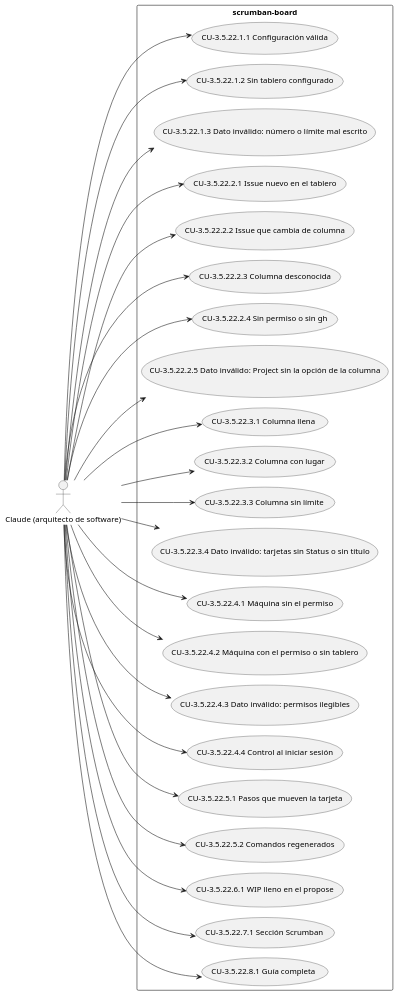
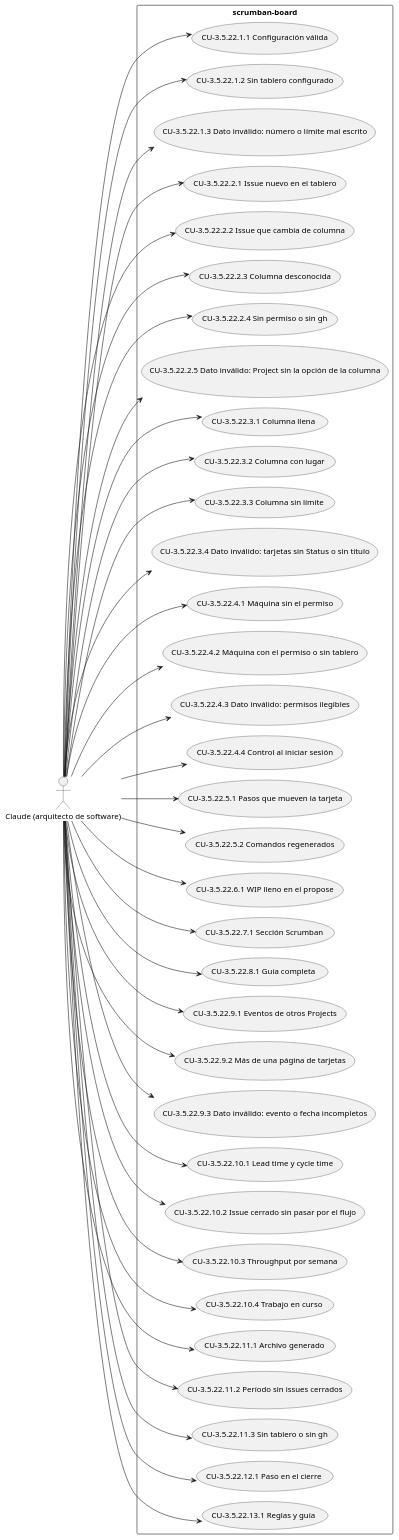
The diagram in docs/diagramas/CAP-3.5.22.puml (Lautaro-Montecchiani/sdd-global-config), drawn with PlantUML before and after one commit. The commit also changed 4 other files, not shown here.

```diff
--- a/docs/diagramas/CAP-3.5.22.puml
+++ b/docs/diagramas/CAP-3.5.22.puml
@@ -1,49 +1,73 @@
 @startuml
 !pragma layout smetana
 left to right direction
 actor "Claude (arquitecto de software)" as A1
 rectangle "scrumban-board" {
   usecase "CU-3.5.22.1.1 Configuración válida" as UC_3_5_22_1_1
   usecase "CU-3.5.22.1.2 Sin tablero configurado" as UC_3_5_22_1_2
   usecase "CU-3.5.22.1.3 Dato inválido: número o límite mal escrito" as UC_3_5_22_1_3
   usecase "CU-3.5.22.2.1 Issue nuevo en el tablero" as UC_3_5_22_2_1
   usecase "CU-3.5.22.2.2 Issue que cambia de columna" as UC_3_5_22_2_2
   usecase "CU-3.5.22.2.3 Columna desconocida" as UC_3_5_22_2_3
   usecase "CU-3.5.22.2.4 Sin permiso o sin gh" as UC_3_5_22_2_4
   usecase "CU-3.5.22.2.5 Dato inválido: Project sin la opción de la columna" as UC_3_5_22_2_5
   usecase "CU-3.5.22.3.1 Columna llena" as UC_3_5_22_3_1
   usecase "CU-3.5.22.3.2 Columna con lugar" as UC_3_5_22_3_2
   usecase "CU-3.5.22.3.3 Columna sin límite" as UC_3_5_22_3_3
   usecase "CU-3.5.22.3.4 Dato inválido: tarjetas sin Status o sin título" as UC_3_5_22_3_4
   usecase "CU-3.5.22.4.1 Máquina sin el permiso" as UC_3_5_22_4_1
   usecase "CU-3.5.22.4.2 Máquina con el permiso o sin tablero" as UC_3_5_22_4_2
   usecase "CU-3.5.22.4.3 Dato inválido: permisos ilegibles" as UC_3_5_22_4_3
   usecase "CU-3.5.22.4.4 Control al iniciar sesión" as UC_3_5_22_4_4
   usecase "CU-3.5.22.5.1 Pasos que mueven la tarjeta" as UC_3_5_22_5_1
   usecase "CU-3.5.22.5.2 Comandos regenerados" as UC_3_5_22_5_2
   usecase "CU-3.5.22.6.1 WIP lleno en el propose" as UC_3_5_22_6_1
   usecase "CU-3.5.22.7.1 Sección Scrumban" as UC_3_5_22_7_1
   usecase "CU-3.5.22.8.1 Guía completa" as UC_3_5_22_8_1
+  usecase "CU-3.5.22.9.1 Eventos de otros Projects" as UC_3_5_22_9_1
+  usecase "CU-3.5.22.9.2 Más de una página de tarjetas" as UC_3_5_22_9_2
+  usecase "CU-3.5.22.9.3 Dato inválido: evento o fecha incompletos" as UC_3_5_22_9_3
+  usecase "CU-3.5.22.10.1 Lead time y cycle time" as UC_3_5_22_10_1
+  usecase "CU-3.5.22.10.2 Issue cerrado sin pasar por el flujo" as UC_3_5_22_10_2
+  usecase "CU-3.5.22.10.3 Throughput por semana" as UC_3_5_22_10_3
+  usecase "CU-3.5.22.10.4 Trabajo en curso" as UC_3_5_22_10_4
+  usecase "CU-3.5.22.11.1 Archivo generado" as UC_3_5_22_11_1
+  usecase "CU-3.5.22.11.2 Período sin issues cerrados" as UC_3_5_22_11_2
+  usecase "CU-3.5.22.11.3 Sin tablero o sin gh" as UC_3_5_22_11_3
+  usecase "CU-3.5.22.12.1 Paso en el cierre" as UC_3_5_22_12_1
+  usecase "CU-3.5.22.13.1 Reglas y guía" as UC_3_5_22_13_1
 }
 A1 --> UC_3_5_22_1_1
 A1 --> UC_3_5_22_1_2
 A1 --> UC_3_5_22_1_3
 A1 --> UC_3_5_22_2_1
 A1 --> UC_3_5_22_2_2
 A1 --> UC_3_5_22_2_3
 A1 --> UC_3_5_22_2_4
 A1 --> UC_3_5_22_2_5
 A1 --> UC_3_5_22_3_1
 A1 --> UC_3_5_22_3_2
 A1 --> UC_3_5_22_3_3
 A1 --> UC_3_5_22_3_4
 A1 --> UC_3_5_22_4_1
 A1 --> UC_3_5_22_4_2
 A1 --> UC_3_5_22_4_3
 A1 --> UC_3_5_22_4_4
 A1 --> UC_3_5_22_5_1
 A1 --> UC_3_5_22_5_2
 A1 --> UC_3_5_22_6_1
 A1 --> UC_3_5_22_7_1
 A1 --> UC_3_5_22_8_1
+A1 --> UC_3_5_22_9_1
+A1 --> UC_3_5_22_9_2
+A1 --> UC_3_5_22_9_3
+A1 --> UC_3_5_22_10_1
+A1 --> UC_3_5_22_10_2
+A1 --> UC_3_5_22_10_3
+A1 --> UC_3_5_22_10_4
+A1 --> UC_3_5_22_11_1
+A1 --> UC_3_5_22_11_2
+A1 --> UC_3_5_22_11_3
+A1 --> UC_3_5_22_12_1
+A1 --> UC_3_5_22_13_1
 @enduml
```
